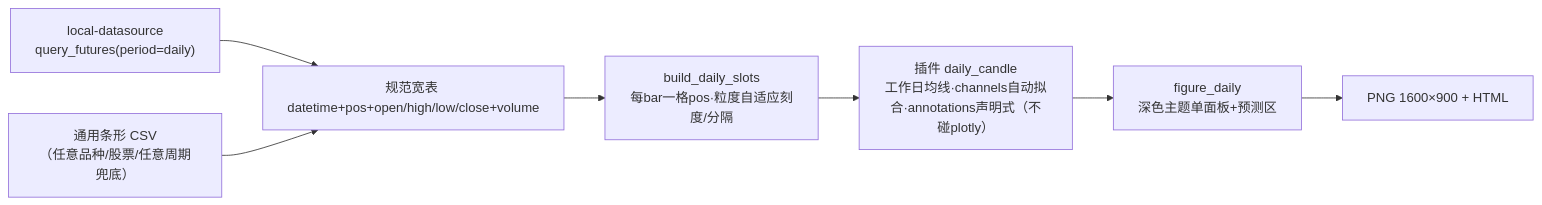
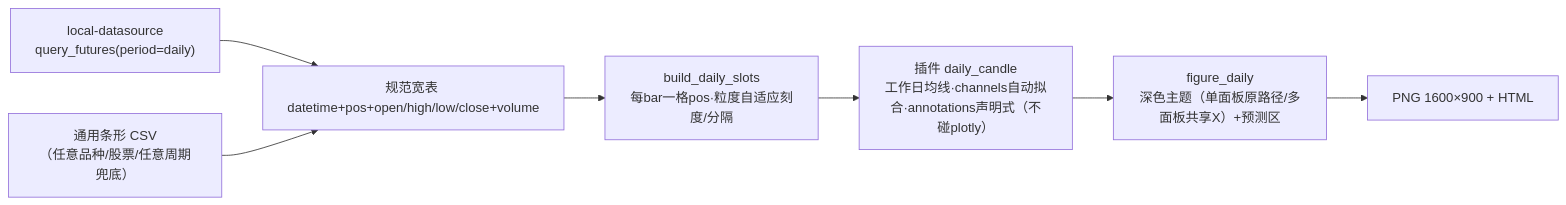
The diagram in docs/superpowers/specs/2026-08-28-daily-candle-charting-design.md (jarvislee90s-dot/quant-chart), drawn with Mermaid before and after one commit. The commit also changed other lines of this file and 4 other files, not shown here.

````diff
--- a/docs/superpowers/specs/2026-08-28-daily-candle-charting-design.md
+++ b/docs/superpowers/specs/2026-08-28-daily-candle-charting-design.md
@@ -19,9 +19,9 @@
 ```mermaid
 flowchart LR
     LDS["local-datasource<br/>query_futures(period=daily)"] --> AD
     CSV["通用条形 CSV<br/>（任意品种/股票/任意周期兜底）"] --> AD
     AD["规范宽表 datetime+pos+open/high/low/close+volume"] --> SL
     SL["build_daily_slots<br/>每bar一格pos·粒度自适应刻度/分隔"] --> PL
     PL["插件 daily_candle<br/>工作日均线·channels自动拟合·annotations声明式（不碰plotly）"] --> RD
-    RD["figure_daily<br/>深色主题单面板+预测区"] --> OUT["PNG 1600×900 + HTML"]
+    RD["figure_daily<br/>深色主题（单面板原路径/多面板共享X）+预测区"] --> OUT["PNG 1600×900 + HTML"]
 ```
````
